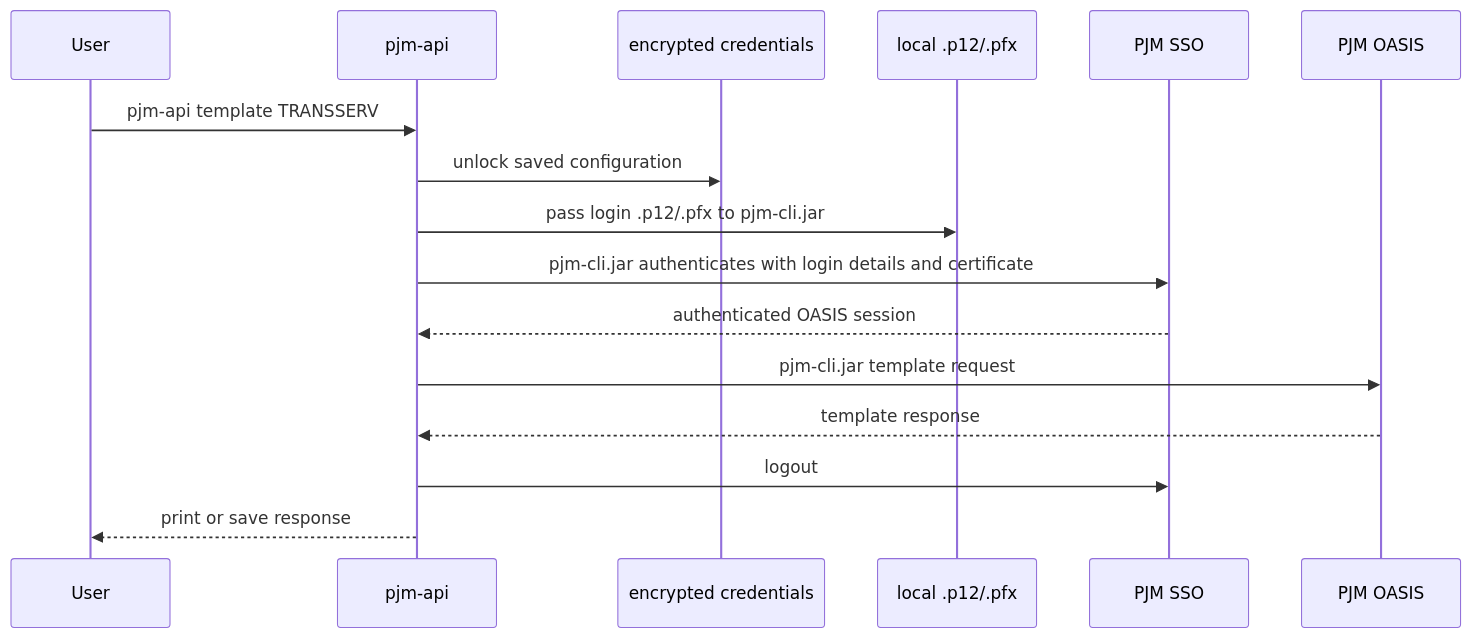
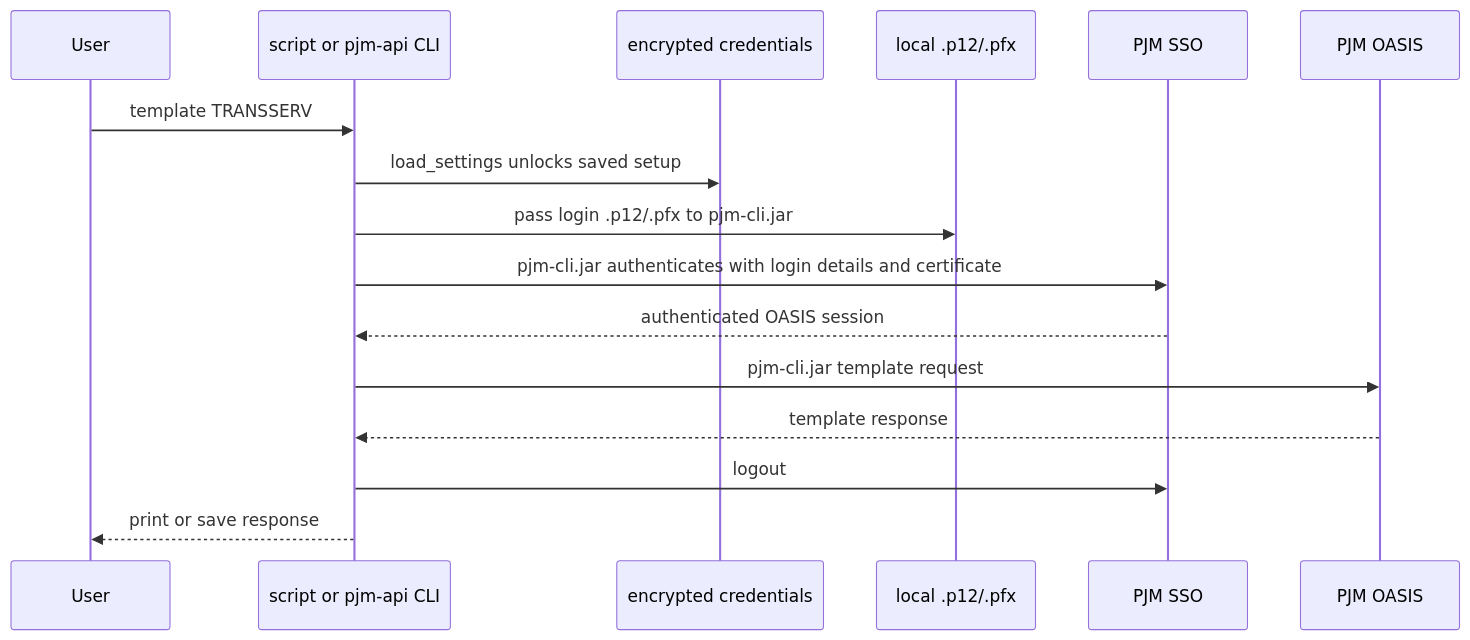
The third of 3 diagrams in README.md (willschenk/pjm-api), drawn with Mermaid before and after one commit. The commit also changed other lines of this file and 4 other files, not shown here.

````diff
--- a/README.md
+++ b/README.md
@@ -124,19 +131,19 @@
 ```mermaid
 sequenceDiagram
     participant User
-    participant CLI as pjm-api
+    participant App as script or pjm-api CLI
     participant Store as encrypted credentials
     participant Cert as local .p12/.pfx
     participant SSO as PJM SSO
     participant OASIS as PJM OASIS
 
-    User->>CLI: pjm-api template TRANSSERV
-    CLI->>Store: unlock saved configuration
-    CLI->>Cert: pass login .p12/.pfx to pjm-cli.jar
-    CLI->>SSO: pjm-cli.jar authenticates with login details and certificate
-    SSO-->>CLI: authenticated OASIS session
-    CLI->>OASIS: pjm-cli.jar template request
-    OASIS-->>CLI: template response
-    CLI->>SSO: logout
-    CLI-->>User: print or save response
+    User->>App: template TRANSSERV
+    App->>Store: load_settings unlocks saved setup
+    App->>Cert: pass login .p12/.pfx to pjm-cli.jar
+    App->>SSO: pjm-cli.jar authenticates with login details and certificate
+    SSO-->>App: authenticated OASIS session
+    App->>OASIS: pjm-cli.jar template request
+    OASIS-->>App: template response
+    App->>SSO: logout
+    App-->>User: print or save response
 ```
````
